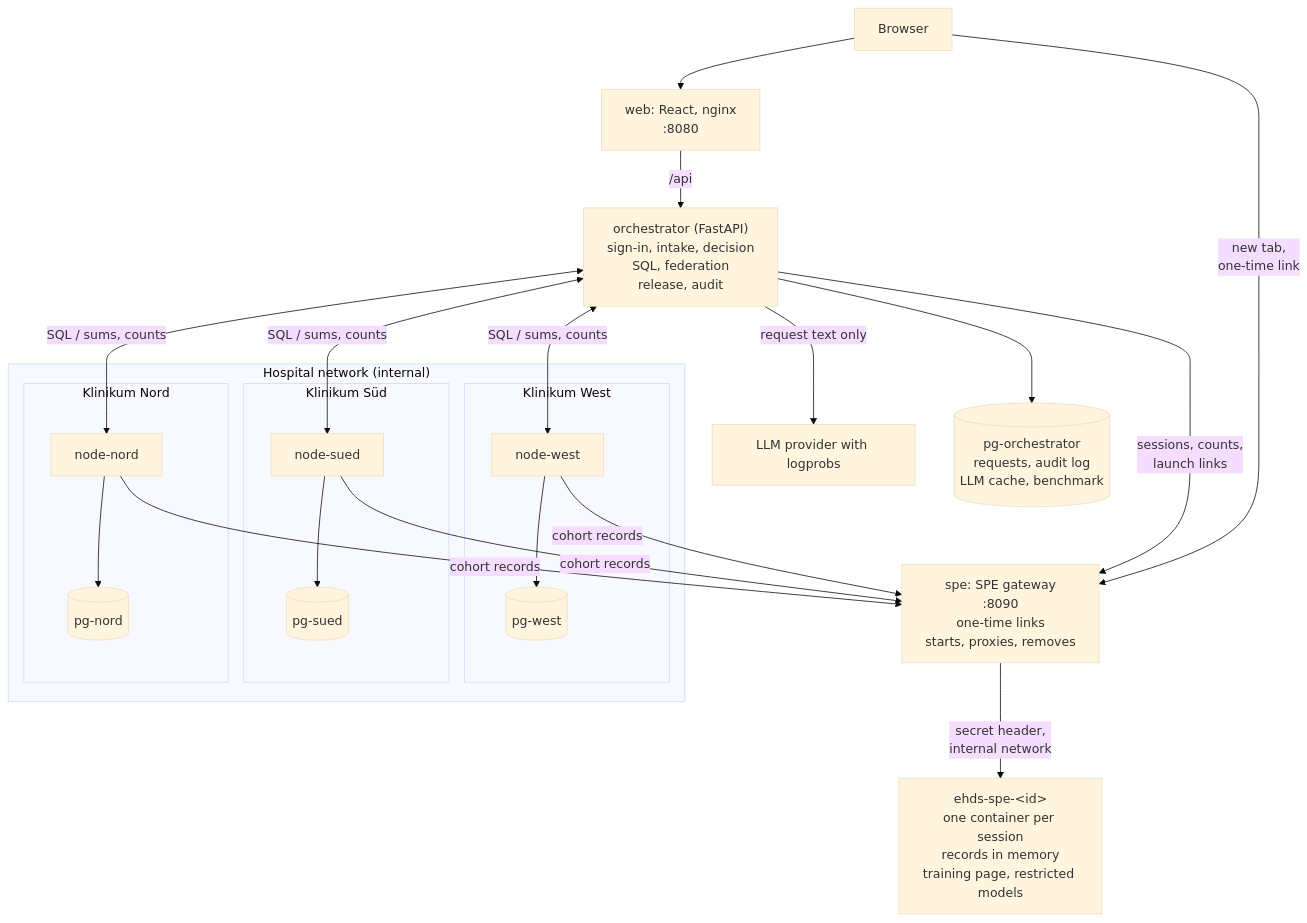
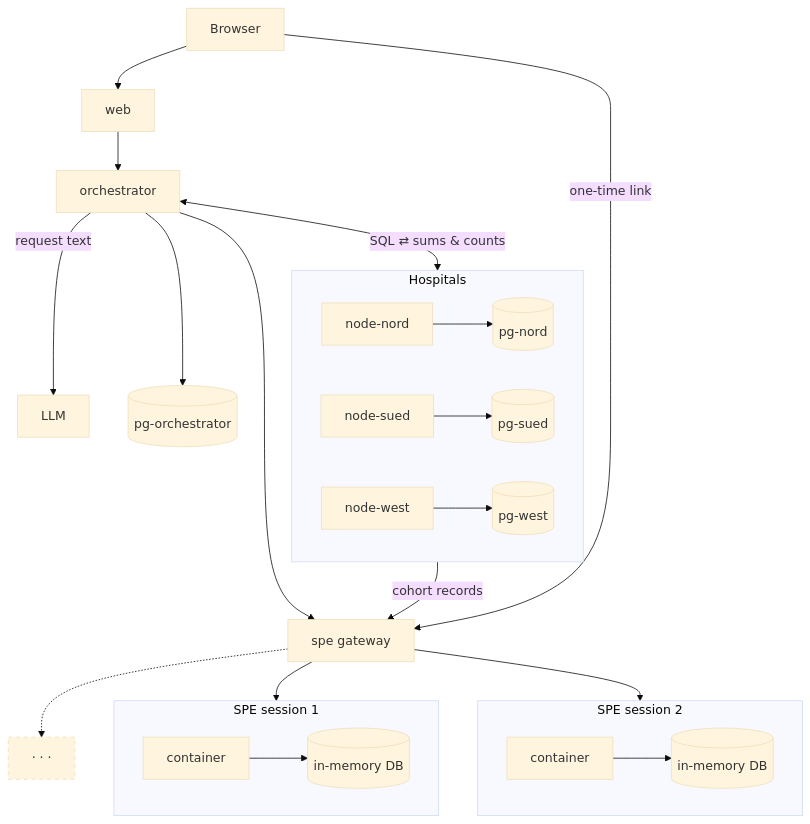
Before and after one commit to md-dan1/TRACK-3-ehds: the diagram in SOLUTION.md, drawn with Mermaid (base theme). The commit also changed other lines of this file and 3 other files, not shown here.

````diff
--- a/SOLUTION.md
+++ b/SOLUTION.md
@@ -107,25 +107,31 @@
 ```mermaid
 flowchart TB
-    browser["Browser"] --> web["web: React, nginx<br/>:8080"]
-    browser -->|"new tab,<br/>one-time link"| spe["spe: SPE gateway<br/>:8090<br/>one-time links<br/>starts, proxies, removes"]
-    web -->|"/api"| orch["orchestrator (FastAPI)<br/>sign-in, intake, decision<br/>SQL, federation<br/>release, audit"]
-    orch -->|"request text only"| llm["LLM provider with logprobs"]
-    orch --> pgo[("pg-orchestrator<br/>requests, audit log<br/>LLM cache, benchmark")]
-    orch -->|"sessions, counts,<br/>launch links"| spe
-    spe -->|"secret header,<br/>internal network"| ses["ehds-spe-&lt;id&gt;<br/>one container per session<br/>records in memory<br/>training page, restricted models"]
+    browser["Browser"] --> web["web"]
+    web --> orch["orchestrator"]
+    orch -->|"request text"| llm["LLM"]
+    orch --> pgo[("pg-orchestrator")]
 
-    subgraph hospitals["Hospital network (internal)"]
-        subgraph west["Klinikum West"]
-            nw["node-west"] --> pw[("pg-west")]
-        end
-        subgraph sued["Klinikum Süd"]
-            ns["node-sued"] --> ps[("pg-sued")]
-        end
-        subgraph nord["Klinikum Nord"]
-            nn["node-nord"] --> pn[("pg-nord")]
-        end
+    subgraph hospitals["Hospitals"]
+        nn["node-nord"] --> pn[("pg-nord")]
+        ns["node-sued"] --> ps[("pg-sued")]
+        nw["node-west"] --> pw[("pg-west")]
     end
 
-    orch <-->|"SQL / sums, counts"| nn & ns & nw
-    nn & ns & nw -->|"cohort records"| spe
+    orch <-->|"SQL ⇄ sums & counts"| hospitals
+    hospitals -->|"cohort records"| gw
+    orch --> gw["spe gateway"]
+    browser -->|"one-time link"| gw
+
+    subgraph spe1["SPE session 1"]
+        s1["container"] --> m1[("in-memory DB")]
+    end
+    subgraph spe2["SPE session 2"]
+        s2["container"] --> m2[("in-memory DB")]
+    end
+    more["· · ·"]
+
+    gw --> spe1
+    gw --> spe2
+    gw -.-> more
+    style more stroke-dasharray: 5 5
 ```
````
